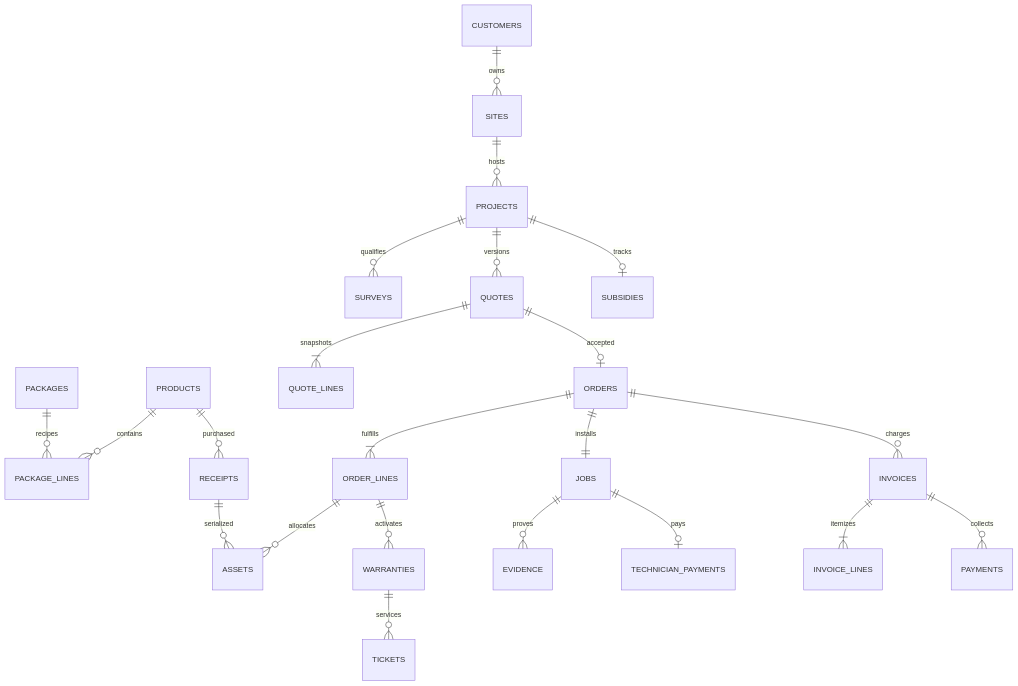
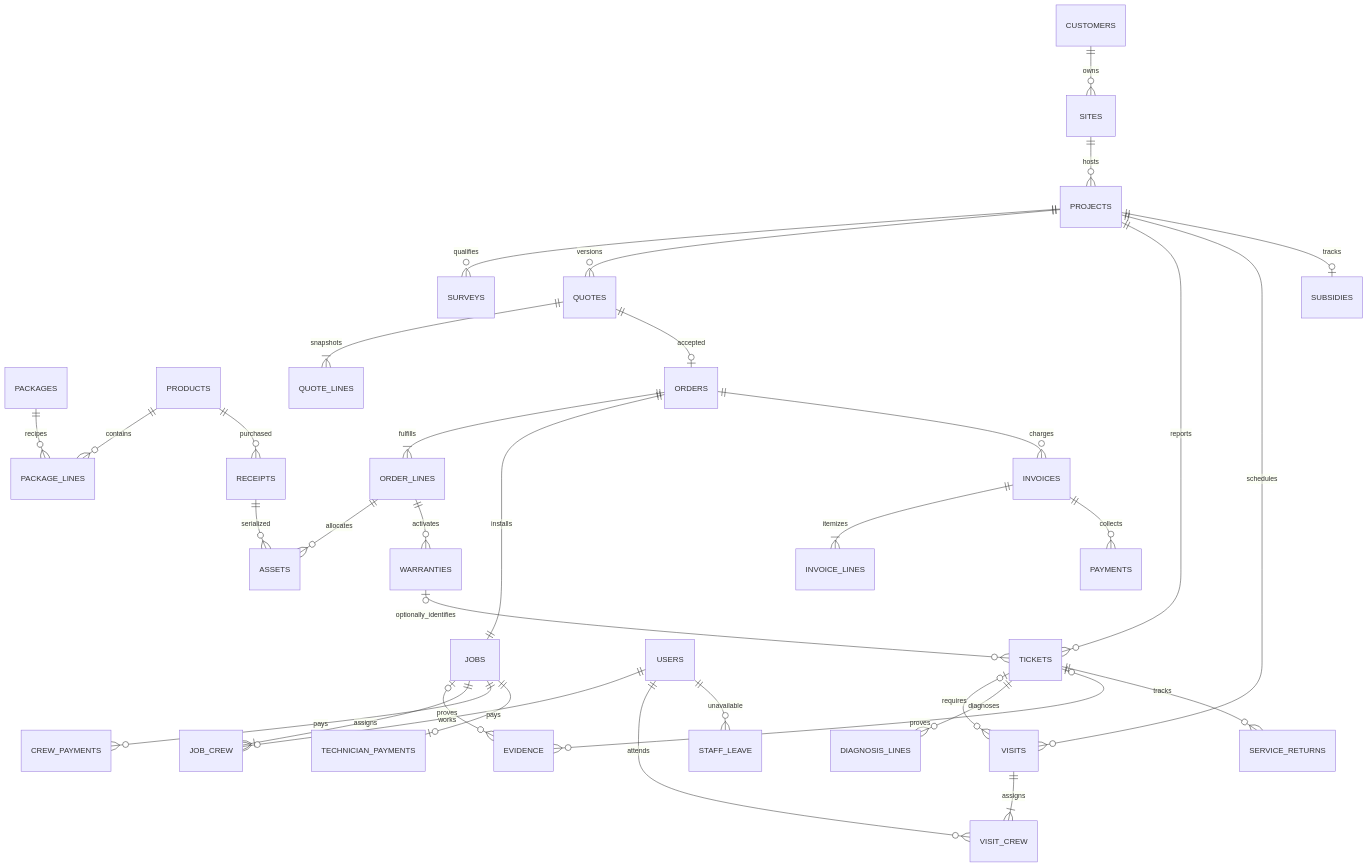
The diagram in docs/ARCHITECTURE.md (Don-Gabriel/Solar_Installation_Management_System-VolenteDynamicsODOO), drawn with Mermaid before and after one commit. The commit also changed other lines of this file and 12 other files, not shown here.

````diff
--- a/docs/ARCHITECTURE.md
+++ b/docs/ARCHITECTURE.md
@@ -5,24 +5,36 @@
 ```mermaid
 erDiagram
   CUSTOMERS ||--o{ SITES : owns
   SITES ||--o{ PROJECTS : hosts
   PROJECTS ||--o{ SURVEYS : qualifies
   PROJECTS ||--o{ QUOTES : versions
   PACKAGES ||--o{ PACKAGE_LINES : recipes
   PRODUCTS ||--o{ PACKAGE_LINES : contains
   QUOTES ||--|{ QUOTE_LINES : snapshots
   QUOTES ||--o| ORDERS : accepted
   ORDERS ||--|{ ORDER_LINES : fulfills
   PRODUCTS ||--o{ RECEIPTS : purchased
   RECEIPTS ||--o{ ASSETS : serialized
   ORDER_LINES ||--o{ ASSETS : allocates
   ORDER_LINES ||--o{ WARRANTIES : activates
   ORDERS ||--|| JOBS : installs
-  JOBS ||--o{ EVIDENCE : proves
-  WARRANTIES ||--o{ TICKETS : services
+  JOBS |o--o{ EVIDENCE : proves
+  JOBS ||--|{ JOB_CREW : assigns
+  USERS ||--o{ JOB_CREW : works
+  JOBS ||--o{ CREW_PAYMENTS : pays
+  PROJECTS ||--o{ TICKETS : reports
+  WARRANTIES |o--o{ TICKETS : optionally_identifies
+  PROJECTS ||--o{ VISITS : schedules
+  TICKETS |o--o{ VISITS : requires
+  VISITS ||--|{ VISIT_CREW : assigns
+  USERS ||--o{ VISIT_CREW : attends
+  USERS ||--o{ STAFF_LEAVE : unavailable
+  TICKETS ||--o{ DIAGNOSIS_LINES : diagnoses
+  TICKETS |o--o{ EVIDENCE : proves
+  TICKETS ||--o{ SERVICE_RETURNS : tracks
   ORDERS ||--o{ INVOICES : charges
   INVOICES ||--|{ INVOICE_LINES : itemizes
   INVOICES ||--o{ PAYMENTS : collects
   JOBS ||--o| TECHNICIAN_PAYMENTS : pays
   PROJECTS ||--o| SUBSIDIES : tracks
 ```
````
